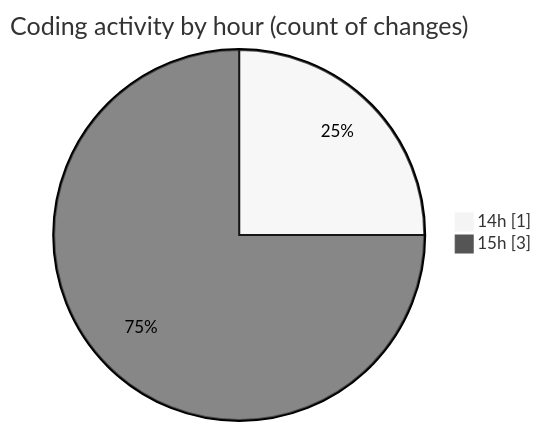
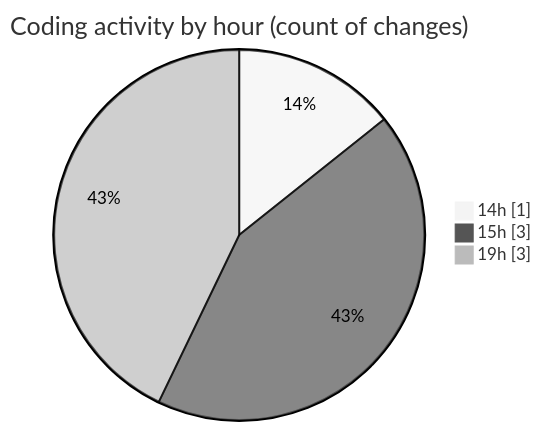
Before and after one commit to jadenblack/code-tracking: the second of 2 diagrams in 2026-03-02/shadcn-admin-kit-main__workspace_/README.md, drawn with Mermaid (neutral theme). The commit also changed other lines of this file and 1 other file, not shown here.

````diff
--- a/2026-03-02/shadcn-admin-kit-main__workspace_/README.md
+++ b/2026-03-02/shadcn-admin-kit-main__workspace_/README.md
@@ -32,6 +34,7 @@
 ```mermaid
 pie showData
 title Coding activity by hour (count of changes)
 "14h" : 1
 "15h" : 3
+"19h" : 3
 ```
````
